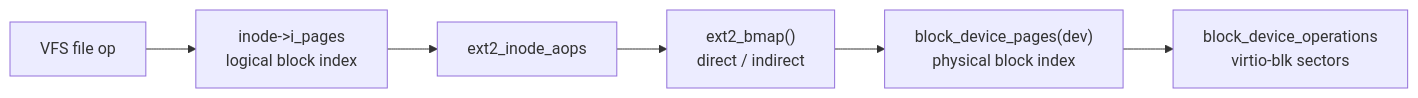
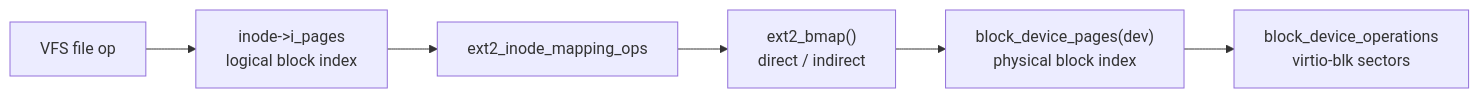
One commit to pillow-zx/CuteOS changed the second of 3 diagrams in docs/architecture/ext2.md. Above: the diagram before and after it, drawn with Mermaid. The commit also changed other lines of this file and 19 other files, not shown here.

````diff
--- a/docs/architecture/ext2.md
+++ b/docs/architecture/ext2.md
@@ -156,11 +156,11 @@
 ```mermaid
 flowchart LR
     VFS["VFS file op"]
     InodeMap["inode->i_pages<br/>logical block index"]
-    Aops["ext2_inode_aops"]
+    Aops["ext2_inode_mapping_ops"]
     Bmap["ext2_bmap()<br/>direct / indirect"]
     BlockMap["block_device_pages(dev)<br/>physical block index"]
     Driver["block_device_operations<br/>virtio-blk sectors"]
 
     VFS --> InodeMap --> Aops --> Bmap --> BlockMap --> Driver
 ```
````
